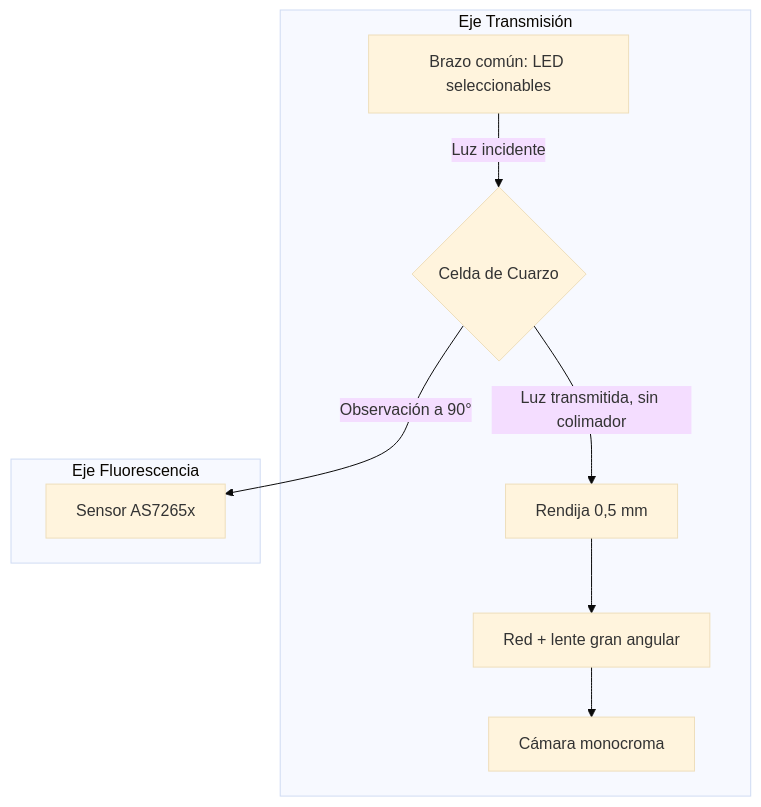
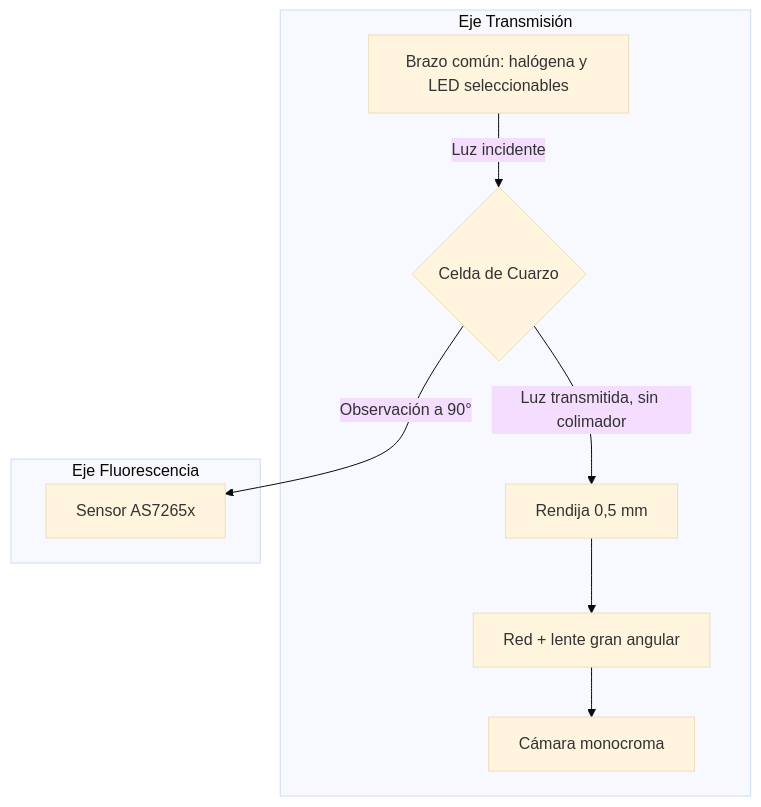
The diagram in docs/DISENO_OPTICO.md (alexmanuel27/Cruz_prototipe), drawn with Mermaid (base theme) before and after one commit. The commit also changed other lines of this file and 9 other files, not shown here.

````diff
--- a/docs/DISENO_OPTICO.md
+++ b/docs/DISENO_OPTICO.md
@@ -23,13 +23,13 @@
 ```mermaid
 flowchart TD
     subgraph Eje Transmisión
-    A[Brazo común: LED seleccionables] -->|Luz incidente| C{Celda de Cuarzo}
+    A[Brazo común: halógena y LED seleccionables] -->|Luz incidente| C{Celda de Cuarzo}
     C -->|Luz transmitida, sin colimador| B[Rendija 0,5 mm]
     B --> G[Red + lente gran angular]
     G --> D[Cámara monocroma]
     end
 
     subgraph Eje Fluorescencia
     C -->|Observación a 90°| F[Sensor AS7265x]
     end
 ```
````
